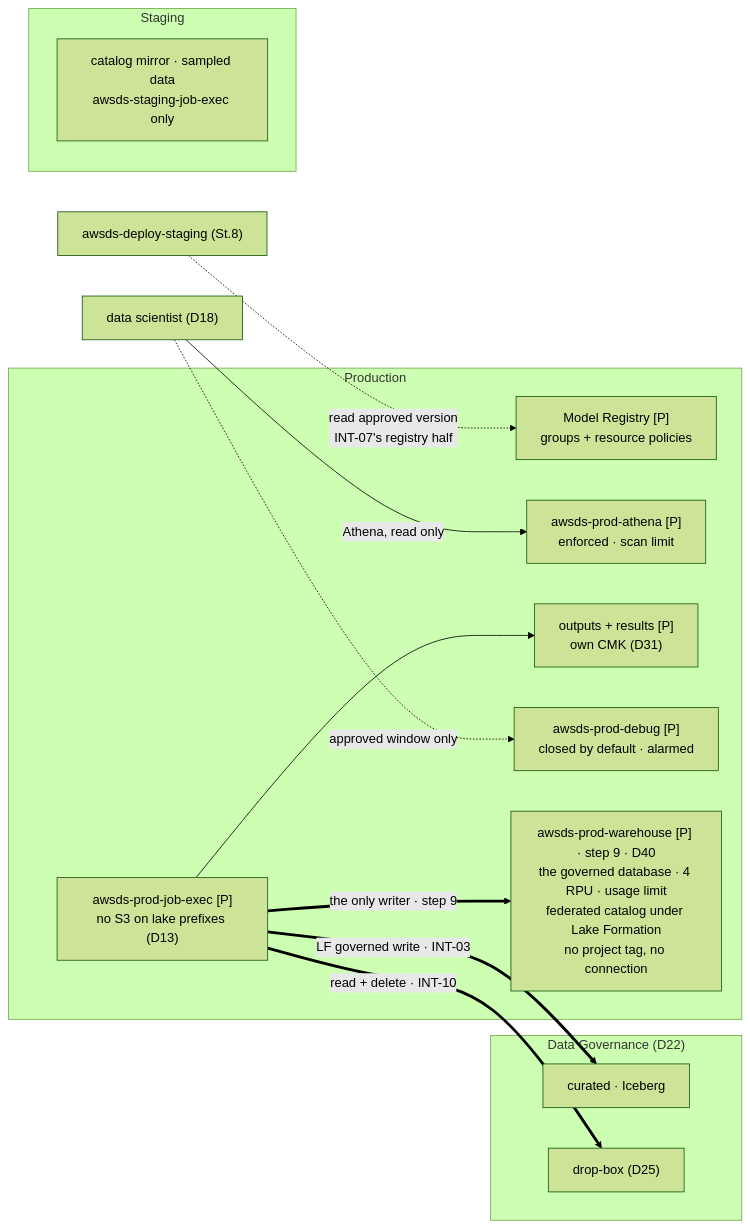
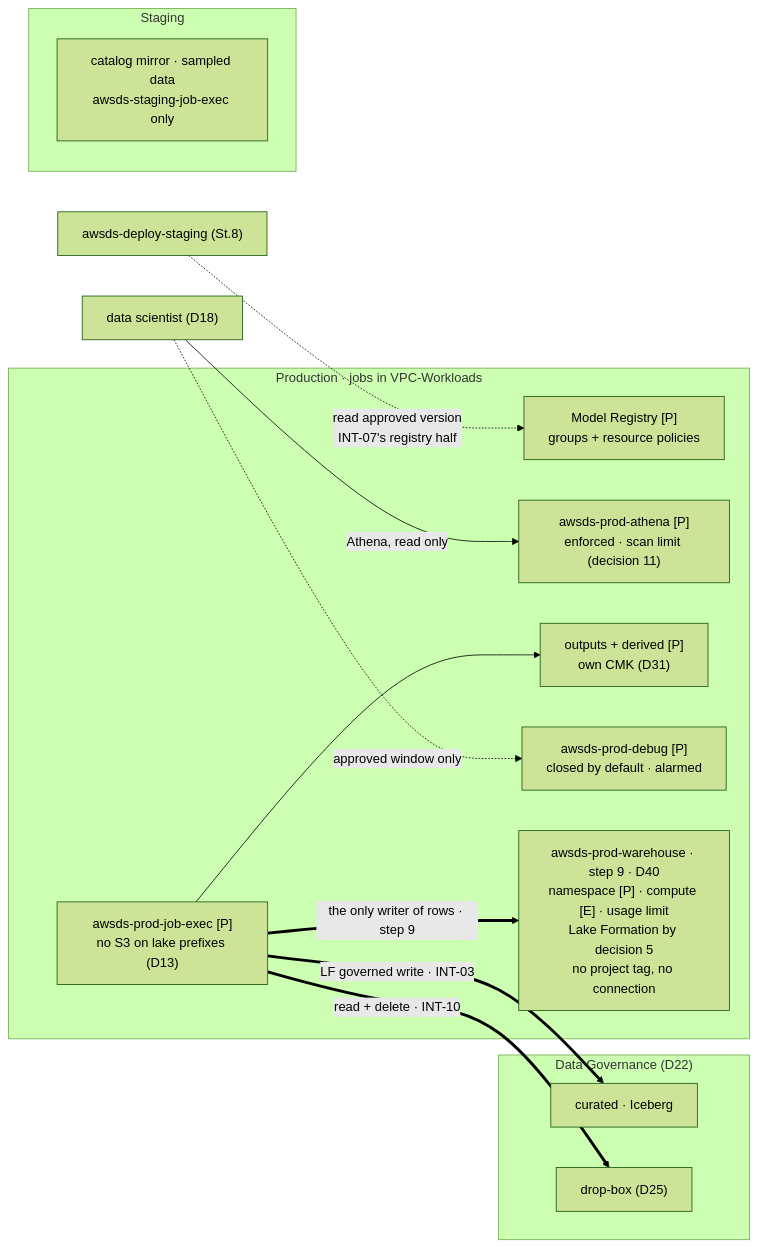
Before and after one commit to felipenoris/AWS-DataScience: the diagram in docs/plan/stages/stage-09-deployment-targets.md, drawn with Mermaid (forest theme). The commit also changed other lines of this file and 11 other files, not shown here.

````diff
--- a/docs/plan/stages/stage-09-deployment-targets.md
+++ b/docs/plan/stages/stage-09-deployment-targets.md
@@ -47,25 +49,25 @@
 ```mermaid
 flowchart LR
     subgraph DG["Data Governance (D22)"]
         LAKE["curated · Iceberg"]
         BOX["drop-box (D25)"]
     end
-    subgraph PRD["Production"]
+    subgraph PRD["Production · jobs in VPC-Workloads"]
         JOB["awsds-prod-job-exec [P]<br/>no S3 on lake prefixes (D13)"]
         REG["Model Registry [P]<br/>groups + resource policies"]
-        WG["awsds-prod-athena [P]<br/>enforced · scan limit"]
-        OUT["outputs + results [P]<br/>own CMK (D31)"]
+        WG["awsds-prod-athena [P]<br/>enforced · scan limit (decision 11)"]
+        OUT["outputs + derived [P]<br/>own CMK (D31)"]
         DBG["awsds-prod-debug [P]<br/>closed by default · alarmed"]
-        WH["awsds-prod-warehouse [P] · step 9 · D40<br/>the governed database · 4 RPU · usage limit<br/>federated catalog under Lake Formation<br/>no project tag, no connection"]
+        WH["awsds-prod-warehouse · step 9 · D40<br/>namespace [P] · compute [E] · usage limit<br/>Lake Formation by decision 5<br/>no project tag, no connection"]
     end
     subgraph STG["Staging"]
         MIR["catalog mirror · sampled data<br/>awsds-staging-job-exec only"]
     end
     JOB ==>|"LF governed write · INT-03"| LAKE
     JOB ==>|"read + delete · INT-10"| BOX
     JOB --> OUT
-    JOB ==>|"the only writer · step 9"| WH
+    JOB ==>|"the only writer of rows · step 9"| WH
     DS["data scientist (D18)"] -->|"Athena, read only"| WG
     DS -.->|"approved window only"| DBG
     SDR["awsds-deploy-staging (St.8)"] -.->|"read approved version<br/>INT-07's registry half"| REG
 ```
````
